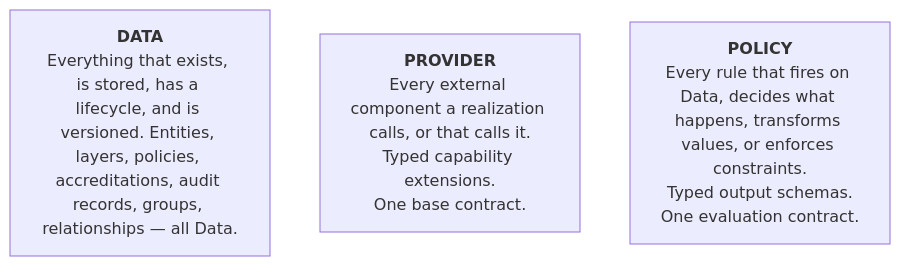
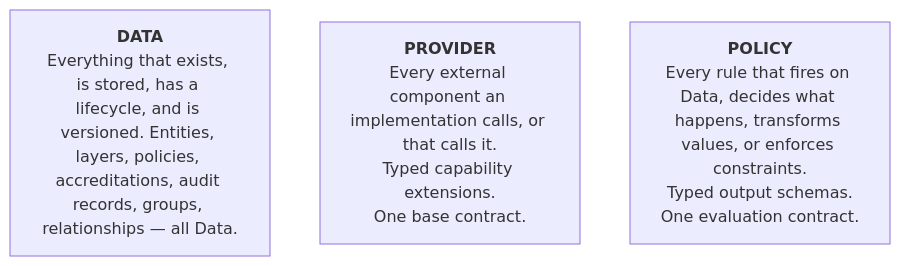
The first of 2 diagrams in foundations/foundations.md (croadfeldt/udlm), drawn with Mermaid before and after one commit. The commit also changed other lines of this file and 163 other files, not shown here.

First line of the commit message:
refactor(naming): rename 'realization' (system sense) → 'implementation' (ADR-056)

````diff
--- a/foundations/foundations.md
+++ b/foundations/foundations.md
@@ -21,6 +21,6 @@
 ```mermaid
 flowchart TD
     DATA["<b>DATA</b><br/>Everything that exists, is stored, has a lifecycle, and is versioned. Entities, layers, policies, accreditations, audit records, groups, relationships — all Data."]
-    PROVIDER["<b>PROVIDER</b><br/>Every external component a realization calls, or that calls it.<br/>Typed capability extensions.<br/>One base contract."]
+    PROVIDER["<b>PROVIDER</b><br/>Every external component an implementation calls, or that calls it.<br/>Typed capability extensions.<br/>One base contract."]
     POLICY["<b>POLICY</b><br/>Every rule that fires on Data, decides what happens, transforms values, or enforces constraints.<br/>Typed output schemas.<br/>One evaluation contract."]
 ```
````
